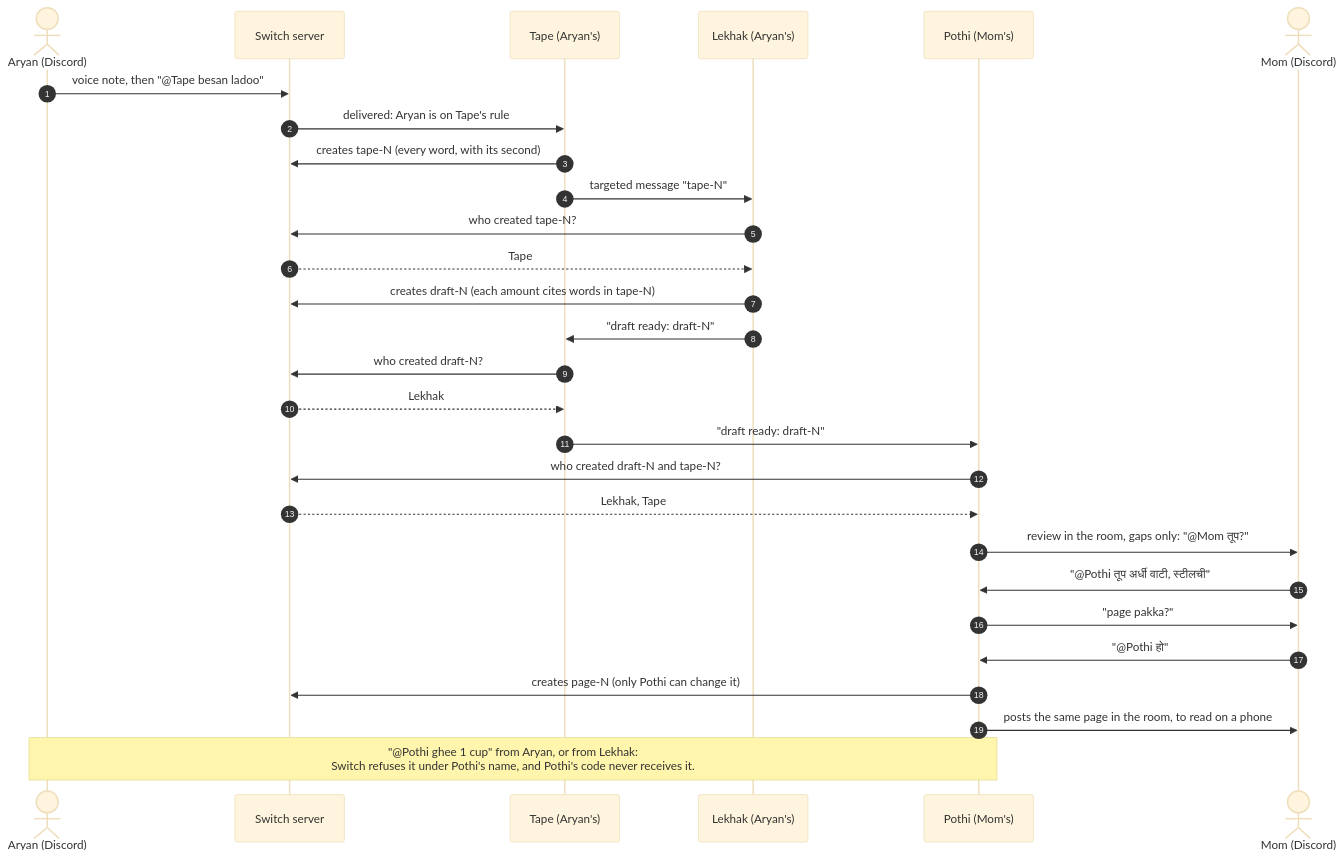
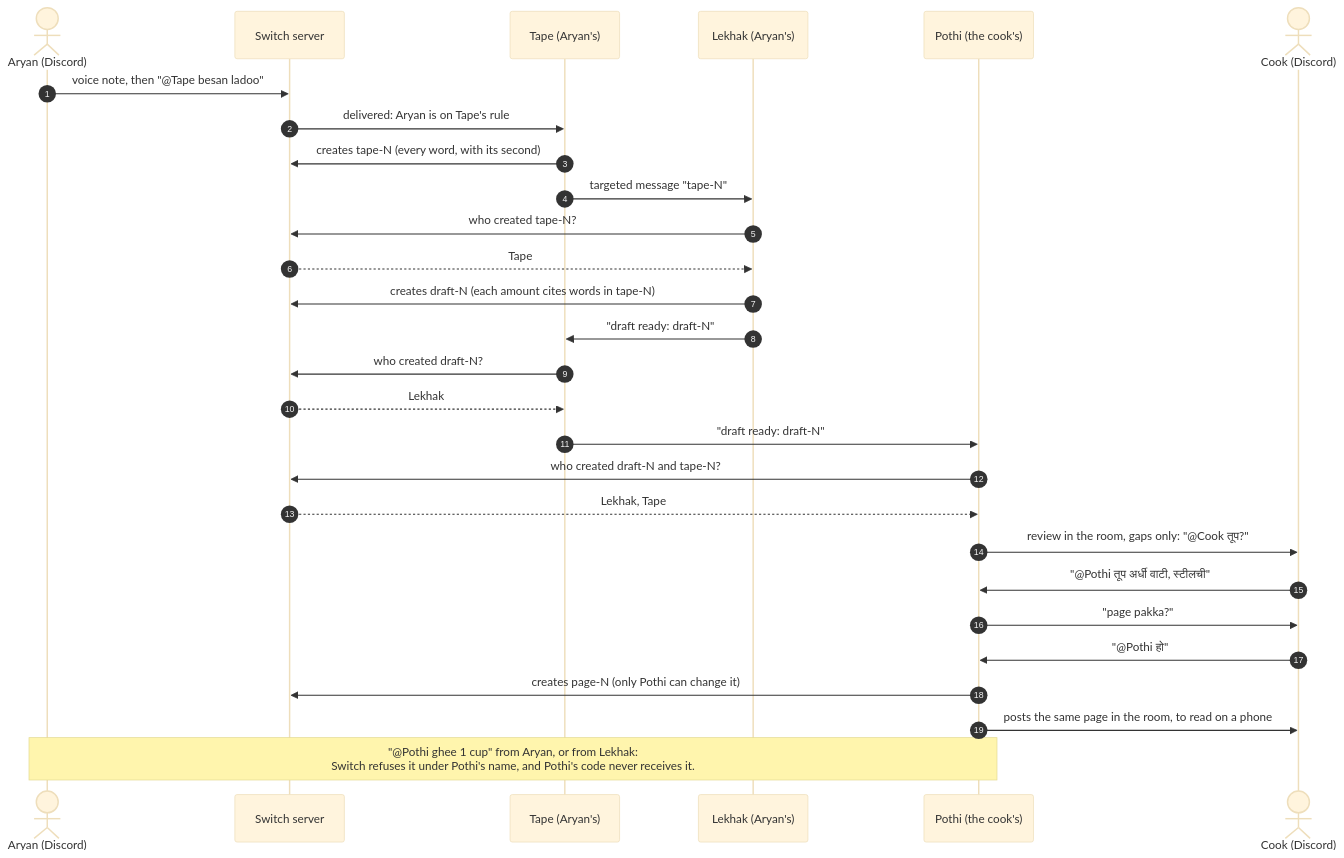
The diagram in README.md (aryangorde6/jaisa-kaha), drawn with Mermaid (base theme) before and after one commit. The commit also changed other lines of this file and 7 other files, not shown here.

First line of the commit message:
Demo recast: I play the cook (Mom couldn't record this week)

````diff
--- a/README.md
+++ b/README.md
@@ -31,30 +33,30 @@
 ```mermaid
 sequenceDiagram
     autonumber
     actor A as Aryan (Discord)
     participant S as Switch server
     participant T as Tape (Aryan's)
     participant L as Lekhak (Aryan's)
-    participant P as Pothi (Mom's)
-    actor M as Mom (Discord)
+    participant P as Pothi (the cook's)
+    actor M as Cook (Discord)
     A->>S: voice note, then "@Tape besan ladoo"
     S->>T: delivered: Aryan is on Tape's rule
     T->>S: creates tape-N (every word, with its second)
     T->>L: targeted message "tape-N"
     L->>S: who created tape-N?
     S-->>L: Tape
     L->>S: creates draft-N (each amount cites words in tape-N)
     L->>T: "draft ready: draft-N"
     T->>S: who created draft-N?
     S-->>T: Lekhak
     T->>P: "draft ready: draft-N"
     P->>S: who created draft-N and tape-N?
     S-->>P: Lekhak, Tape
-    P->>M: review in the room, gaps only: "@Mom तूप?"
+    P->>M: review in the room, gaps only: "@Cook तूप?"
     M->>P: "@Pothi तूप अर्धी वाटी, स्टीलची"
     P->>M: "page pakka?"
     M->>P: "@Pothi हो"
     P->>S: creates page-N (only Pothi can change it)
     P->>M: posts the same page in the room, to read on a phone
     Note over A,P: "@Pothi ghee 1 cup" from Aryan, or from Lekhak:<br/>Switch refuses it under Pothi's name, and Pothi's code never receives it.
 ```
````
